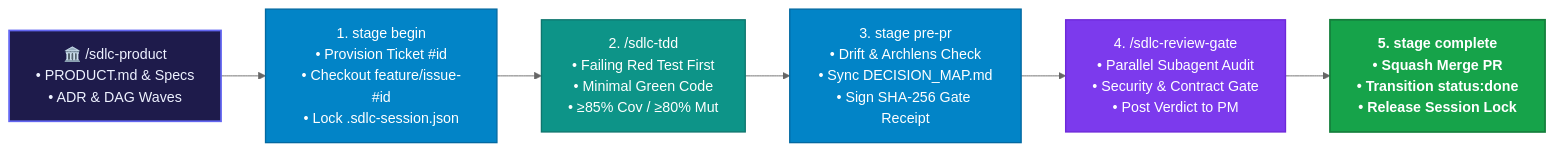
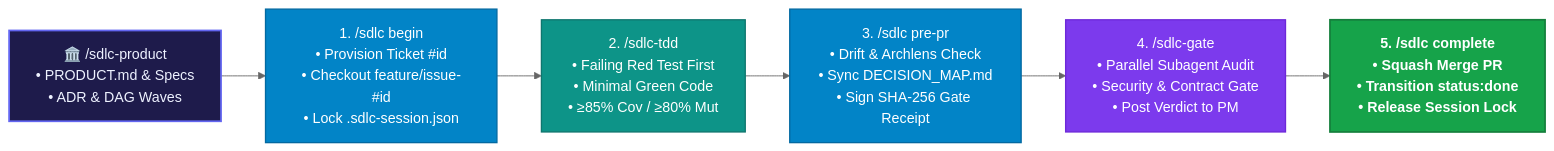
One commit to fmatar/sealit changed the diagram in README.md. Above: the diagram before and after it, drawn with Mermaid (neutral theme). The commit also changed other lines of this file and 22 other files, not shown here.

Commit message:
feat(skills): introduce /sdlc router + 8 verb skills and retire sdlc-init/sdlc-review-gate (#81) (#82)

````diff
--- a/README.md
+++ b/README.md
@@ -123,17 +123,17 @@
 ```mermaid
 flowchart LR
     classDef spec fill:#1e1b4b,stroke:#6366f1,stroke-width:2px,color:#eef2ff;
     classDef stage fill:#0284c7,stroke:#0369a1,stroke-width:1.5px,color:#ffffff;
     classDef tdd fill:#0d9488,stroke:#0f766e,stroke-width:1.5px,color:#ffffff;
     classDef gate fill:#7c3aed,stroke:#6d28d9,stroke-width:1.5px,color:#ffffff;
     classDef done fill:#16a34a,stroke:#15803d,stroke-width:2px,color:#ffffff,font-weight:bold;
 
     P["🏛️ /sdlc-product<br/>• PRODUCT.md & Specs<br/>• ADR & DAG Waves"]:::spec
-    B["1. stage begin<br/>• Provision Ticket #id<br/>• Checkout feature/issue-#id<br/>• Lock .sdlc-session.json"]:::stage
+    B["1. /sdlc begin<br/>• Provision Ticket #id<br/>• Checkout feature/issue-#id<br/>• Lock .sdlc-session.json"]:::stage
     T["2. /sdlc-tdd<br/>• Failing Red Test First<br/>• Minimal Green Code<br/>• ≥85% Cov / ≥80% Mut"]:::tdd
-    PR["3. stage pre-pr<br/>• Drift & Archlens Check<br/>• Sync DECISION_MAP.md<br/>• Sign SHA-256 Gate Receipt"]:::stage
-    RG["4. /sdlc-review-gate<br/>• Parallel Subagent Audit<br/>• Security & Contract Gate<br/>• Post Verdict to PM"]:::gate
-    C["5. stage complete<br/>• Squash Merge PR<br/>• Transition status:done<br/>• Release Session Lock"]:::done
+    PR["3. /sdlc pre-pr<br/>• Drift & Archlens Check<br/>• Sync DECISION_MAP.md<br/>• Sign SHA-256 Gate Receipt"]:::stage
+    RG["4. /sdlc-gate<br/>• Parallel Subagent Audit<br/>• Security & Contract Gate<br/>• Post Verdict to PM"]:::gate
+    C["5. /sdlc complete<br/>• Squash Merge PR<br/>• Transition status:done<br/>• Release Session Lock"]:::done
 
     P --> B --> T --> PR --> RG --> C
 ```
````
